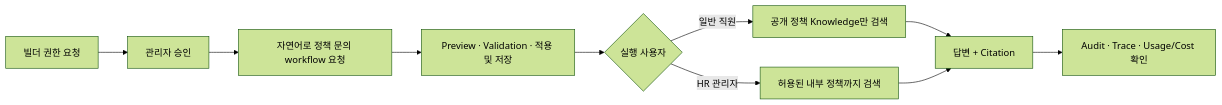
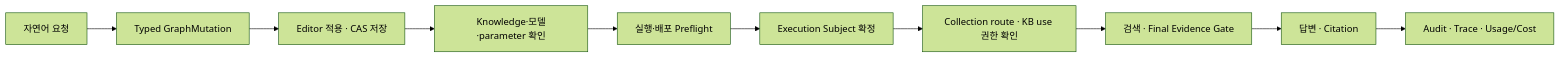
The first of 2 diagrams in README.md (gannak1/nodease_refactoring_gannak1), drawn with Mermaid (forest theme) before and after one commit. The commit also changed other lines of this file, not shown here.

````diff
--- a/README.md
+++ b/README.md
@@ -43,12 +44,12 @@
 ```mermaid
 flowchart LR
-    A["빌더 권한 요청"] --> B["관리자 승인"]
-    B --> C["자연어로 정책 문의 workflow 요청"]
-    C --> D["Preview · Validation · 적용 및 저장"]
-    D --> E{"실행 사용자"}
-    E -->|일반 직원| F["공개 정책 Knowledge만 검색"]
-    E -->|HR 관리자| G["허용된 내부 정책까지 검색"]
-    F --> H["답변 + Citation"]
-    G --> H
-    H --> I["Audit · Trace · Usage/Cost 확인"]
+    A["자연어 요청"] --> B["Typed GraphMutation"]
+    B --> C["Editor 적용 · CAS 저장"]
+    C --> D["Knowledge·모델·parameter 확인"]
+    D --> E["실행·배포 Preflight"]
+    E --> F["Execution Subject 확정"]
+    F --> G["Collection route · KB use 권한 확인"]
+    G --> H["검색 · Final Evidence Gate"]
+    H --> I["답변 · Citation"]
+    I --> J["Audit · Trace · Usage/Cost"]
 ```
````
